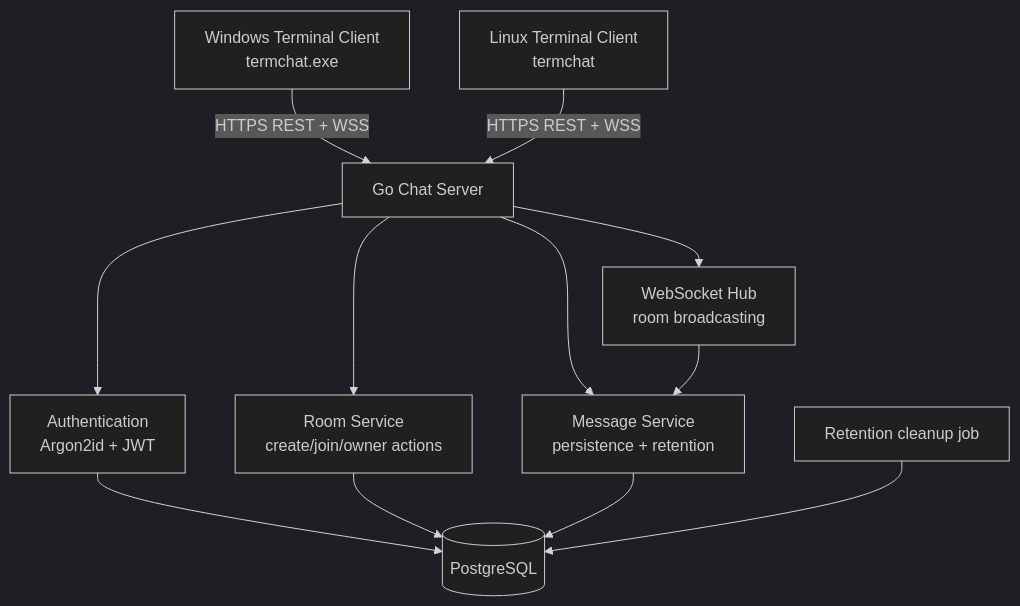
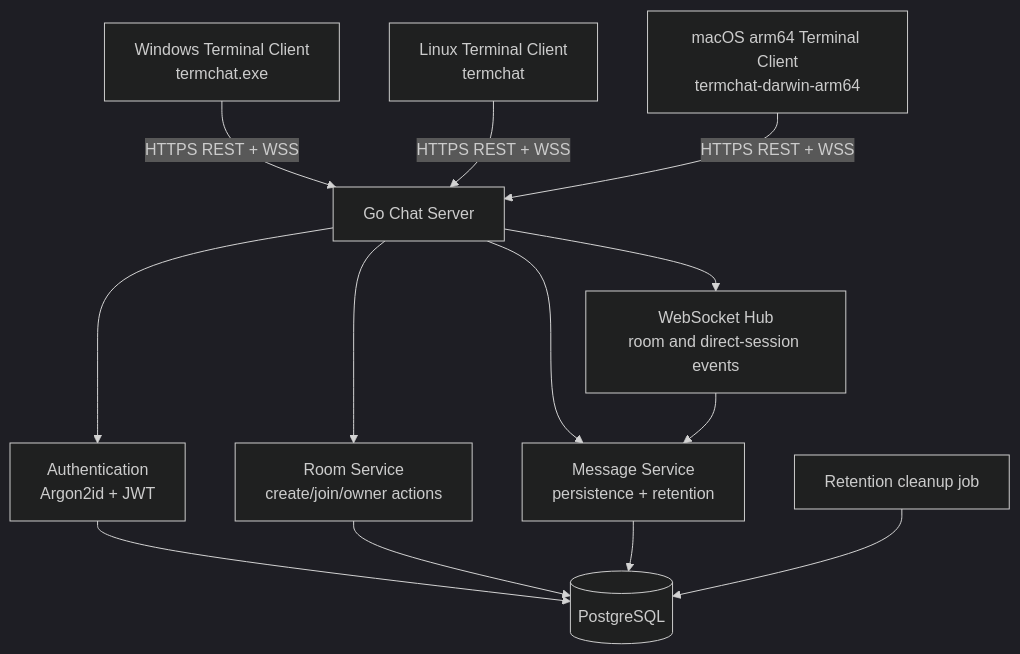
Before and after one commit to xdjanisxd/termchat: the diagram in docs/01-genel-mimari.md, drawn with Mermaid (dark theme). The commit also changed other lines of this file and 3 other files, not shown here.

````diff
--- a/docs/01-genel-mimari.md
+++ b/docs/01-genel-mimari.md
@@ -9,16 +9,17 @@
 ```mermaid
 flowchart TB
   A[Windows Terminal Client\ntermchat.exe] -->|HTTPS REST + WSS| S[Go Chat Server]
   B[Linux Terminal Client\ntermchat] -->|HTTPS REST + WSS| S
+  C[macOS arm64 Terminal Client\ntermchat-darwin-arm64] -->|HTTPS REST + WSS| S
 
   S --> AUTH[Authentication\nArgon2id + JWT]
   S --> ROOM[Room Service\ncreate/join/owner actions]
-  S --> RT[WebSocket Hub\nroom broadcasting]
+  S --> RT[WebSocket Hub\nroom and direct-session events]
   S --> MSG[Message Service\npersistence + retention]
 
   AUTH --> DB[(PostgreSQL)]
   ROOM --> DB
   MSG --> DB
   RT --> MSG
   CLEAN[Retention cleanup job] --> DB
 ```
````
